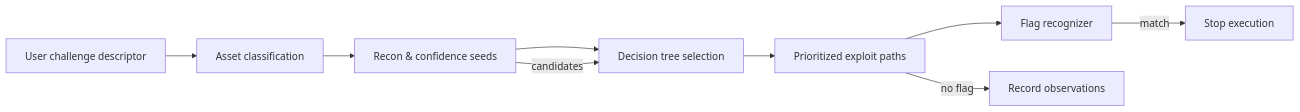
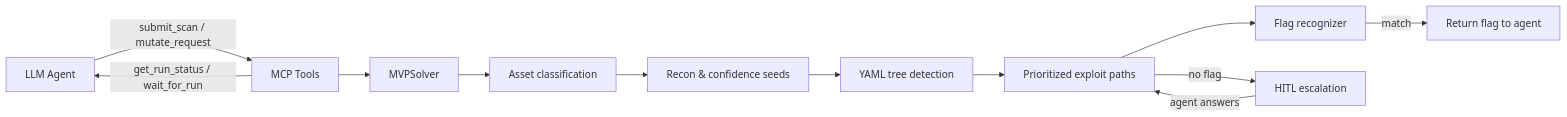
One commit to Shad0wMazt3r/Lattice-Mind changed the diagram in README.md. Above: the diagram before and after it, drawn with Mermaid. The commit also changed other lines of this file and 13 other files, not shown here.

````diff
--- a/README.md
+++ b/README.md
@@ -111,12 +127,16 @@
 ```mermaid
 flowchart LR
-    Input[User challenge descriptor]
-    Asset[Asset classification] --> Recon[Recon & confidence seeds]
-    Recon --> Detection[Decision tree selection]
+    Agent[LLM Agent]
+    MCP[MCP Tools]
+    Agent -->|"submit_scan / mutate_request"| MCP
+    MCP --> Solver[MVPSolver]
+    Solver --> Asset[Asset classification]
+    Asset --> Recon[Recon & confidence seeds]
+    Recon --> Detection[YAML tree detection]
     Detection --> Exploitation[Prioritized exploit paths]
     Exploitation --> Flag[Flag recognizer]
-    Flag -->|match| Halt[Stop execution]
-    Exploitation -->|no flag| Remediation[Record observations]
-    Recon -->|candidates| Detection
-    Input --> Asset
+    Flag -->|match| Halt[Return flag to agent]
+    Exploitation -->|no flag| HITL[HITL escalation]
+    HITL -->|agent answers| Exploitation
+    MCP -->|"get_run_status / wait_for_run"| Agent
 ```
````
